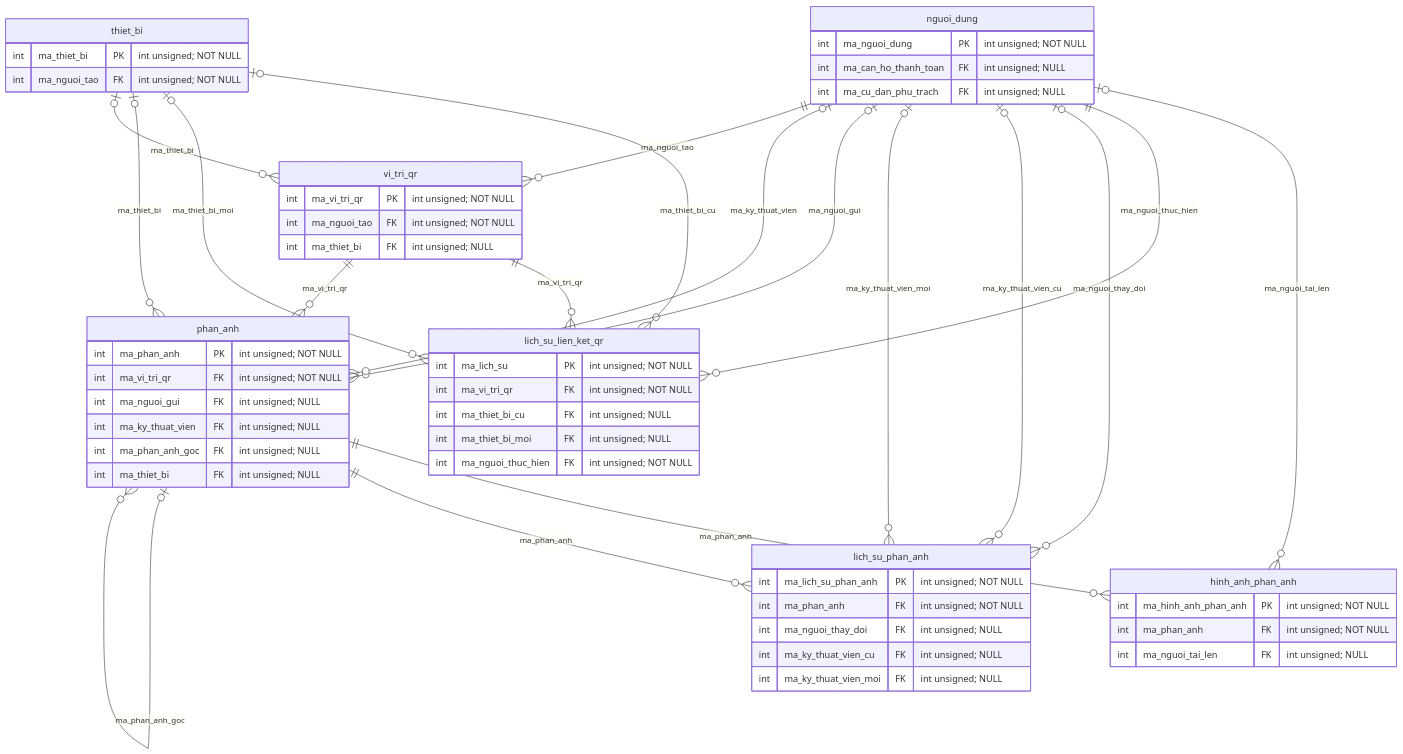
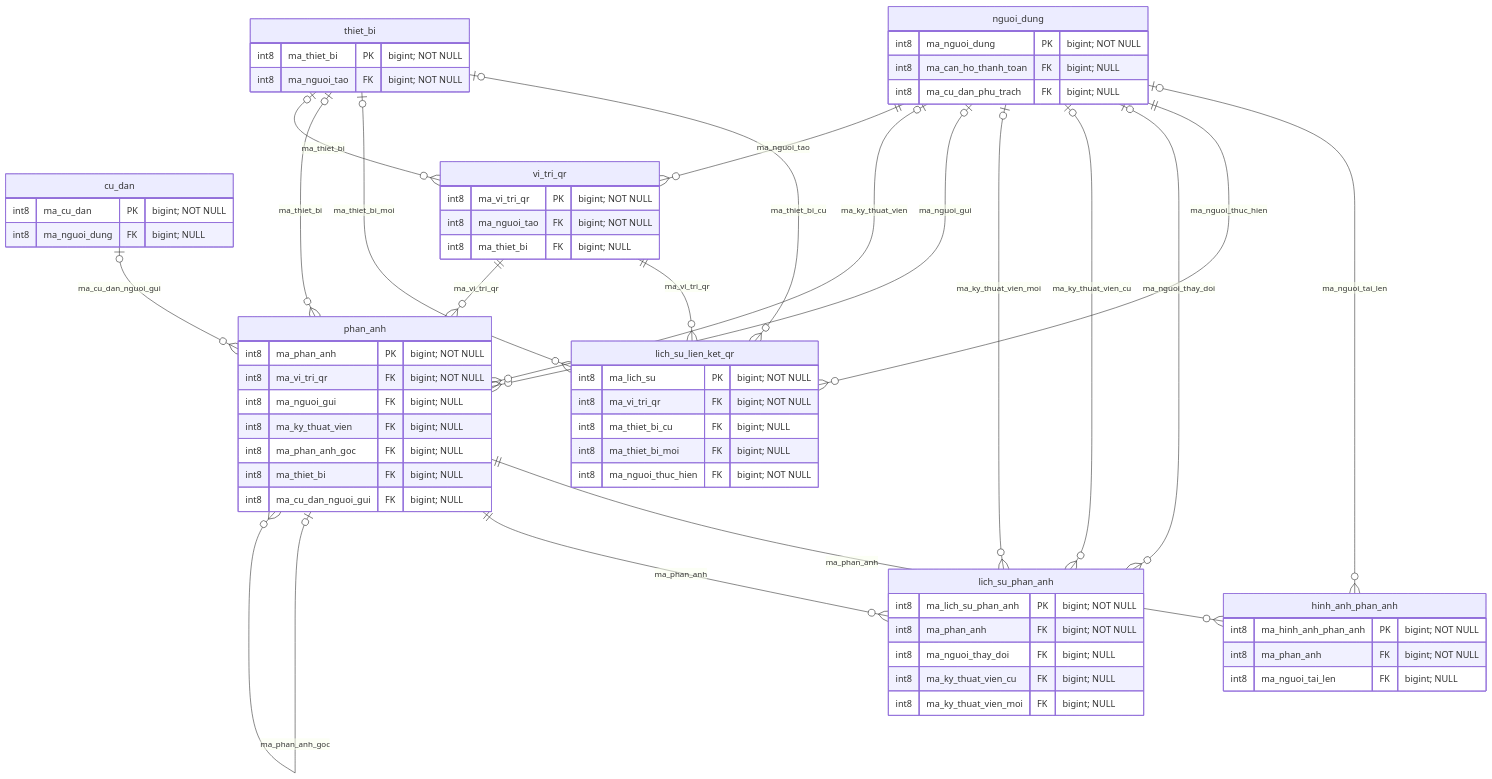
One commit to tunato2807-del/chung-cu-starter changed the second of 4 diagrams in docs/bao-cao/erd-phan-he.md. Above: the diagram before and after it, drawn with Mermaid. The commit also changed other lines of this file and 113 other files, not shown here.

````diff
--- a/docs/bao-cao/erd-phan-he.md
+++ b/docs/bao-cao/erd-phan-he.md
@@ -74,61 +74,67 @@
 ```mermaid
 erDiagram
+  cu_dan {
+    int8 ma_cu_dan PK "bigint; NOT NULL"
+    int8 ma_nguoi_dung FK "bigint; NULL"
+  }
   hinh_anh_phan_anh {
-    int ma_hinh_anh_phan_anh PK "int unsigned; NOT NULL"
-    int ma_phan_anh FK "int unsigned; NOT NULL"
-    int ma_nguoi_tai_len FK "int unsigned; NULL"
+    int8 ma_hinh_anh_phan_anh PK "bigint; NOT NULL"
+    int8 ma_phan_anh FK "bigint; NOT NULL"
+    int8 ma_nguoi_tai_len FK "bigint; NULL"
   }
   lich_su_lien_ket_qr {
-    int ma_lich_su PK "int unsigned; NOT NULL"
-    int ma_vi_tri_qr FK "int unsigned; NOT NULL"
-    int ma_thiet_bi_cu FK "int unsigned; NULL"
-    int ma_thiet_bi_moi FK "int unsigned; NULL"
-    int ma_nguoi_thuc_hien FK "int unsigned; NOT NULL"
+    int8 ma_lich_su PK "bigint; NOT NULL"
+    int8 ma_vi_tri_qr FK "bigint; NOT NULL"
+    int8 ma_thiet_bi_cu FK "bigint; NULL"
+    int8 ma_thiet_bi_moi FK "bigint; NULL"
+    int8 ma_nguoi_thuc_hien FK "bigint; NOT NULL"
   }
   lich_su_phan_anh {
-    int ma_lich_su_phan_anh PK "int unsigned; NOT NULL"
-    int ma_phan_anh FK "int unsigned; NOT NULL"
-    int ma_nguoi_thay_doi FK "int unsigned; NULL"
-    int ma_ky_thuat_vien_cu FK "int unsigned; NULL"
-    int ma_ky_thuat_vien_moi FK "int unsigned; NULL"
+    int8 ma_lich_su_phan_anh PK "bigint; NOT NULL"
+    int8 ma_phan_anh FK "bigint; NOT NULL"
+    int8 ma_nguoi_thay_doi FK "bigint; NULL"
+    int8 ma_ky_thuat_vien_cu FK "bigint; NULL"
+    int8 ma_ky_thuat_vien_moi FK "bigint; NULL"
   }
   nguoi_dung {
-    int ma_nguoi_dung PK "int unsigned; NOT NULL"
-    int ma_can_ho_thanh_toan FK "int unsigned; NULL"
-    int ma_cu_dan_phu_trach FK "int unsigned; NULL"
+    int8 ma_nguoi_dung PK "bigint; NOT NULL"
+    int8 ma_can_ho_thanh_toan FK "bigint; NULL"
+    int8 ma_cu_dan_phu_trach FK "bigint; NULL"
   }
   phan_anh {
-    int ma_phan_anh PK "int unsigned; NOT NULL"
-    int ma_vi_tri_qr FK "int unsigned; NOT NULL"
-    int ma_nguoi_gui FK "int unsigned; NULL"
-    int ma_ky_thuat_vien FK "int unsigned; NULL"
-    int ma_phan_anh_goc FK "int unsigned; NULL"
-    int ma_thiet_bi FK "int unsigned; NULL"
+    int8 ma_phan_anh PK "bigint; NOT NULL"
+    int8 ma_vi_tri_qr FK "bigint; NOT NULL"
+    int8 ma_nguoi_gui FK "bigint; NULL"
+    int8 ma_ky_thuat_vien FK "bigint; NULL"
+    int8 ma_phan_anh_goc FK "bigint; NULL"
+    int8 ma_thiet_bi FK "bigint; NULL"
+    int8 ma_cu_dan_nguoi_gui FK "bigint; NULL"
   }
   thiet_bi {
-    int ma_thiet_bi PK "int unsigned; NOT NULL"
-    int ma_nguoi_tao FK "int unsigned; NOT NULL"
+    int8 ma_thiet_bi PK "bigint; NOT NULL"
+    int8 ma_nguoi_tao FK "bigint; NOT NULL"
   }
   vi_tri_qr {
-    int ma_vi_tri_qr PK "int unsigned; NOT NULL"
-    int ma_nguoi_tao FK "int unsigned; NOT NULL"
-    int ma_thiet_bi FK "int unsigned; NULL"
+    int8 ma_vi_tri_qr PK "bigint; NOT NULL"
+    int8 ma_nguoi_tao FK "bigint; NOT NULL"
+    int8 ma_thiet_bi FK "bigint; NULL"
   }
   phan_anh ||--o{ hinh_anh_phan_anh : "ma_phan_anh"
   nguoi_dung o|--o{ hinh_anh_phan_anh : "ma_nguoi_tai_len"
   vi_tri_qr ||--o{ lich_su_lien_ket_qr : "ma_vi_tri_qr"
   thiet_bi o|--o{ lich_su_lien_ket_qr : "ma_thiet_bi_cu"
   thiet_bi o|--o{ lich_su_lien_ket_qr : "ma_thiet_bi_moi"
   nguoi_dung ||--o{ lich_su_lien_ket_qr : "ma_nguoi_thuc_hien"
   phan_anh ||--o{ lich_su_phan_anh : "ma_phan_anh"
   nguoi_dung o|--o{ lich_su_phan_anh : "ma_nguoi_thay_doi"
   nguoi_dung o|--o{ lich_su_phan_anh : "ma_ky_thuat_vien_cu"
   nguoi_dung o|--o{ lich_su_phan_anh : "ma_ky_thuat_vien_moi"
   thiet_bi o|--o{ phan_anh : "ma_thiet_bi"
+  cu_dan o|--o{ phan_anh : "ma_cu_dan_nguoi_gui"
   vi_tri_qr ||--o{ phan_anh : "ma_vi_tri_qr"
   nguoi_dung o|--o{ phan_anh : "ma_nguoi_gui"
   nguoi_dung o|--o{ phan_anh : "ma_ky_thuat_vien"
   phan_anh o|--o{ phan_anh : "ma_phan_anh_goc"
   thiet_bi o|--o{ vi_tri_qr : "ma_thiet_bi"
   nguoi_dung ||--o{ vi_tri_qr : "ma_nguoi_tao"
 ```
````
